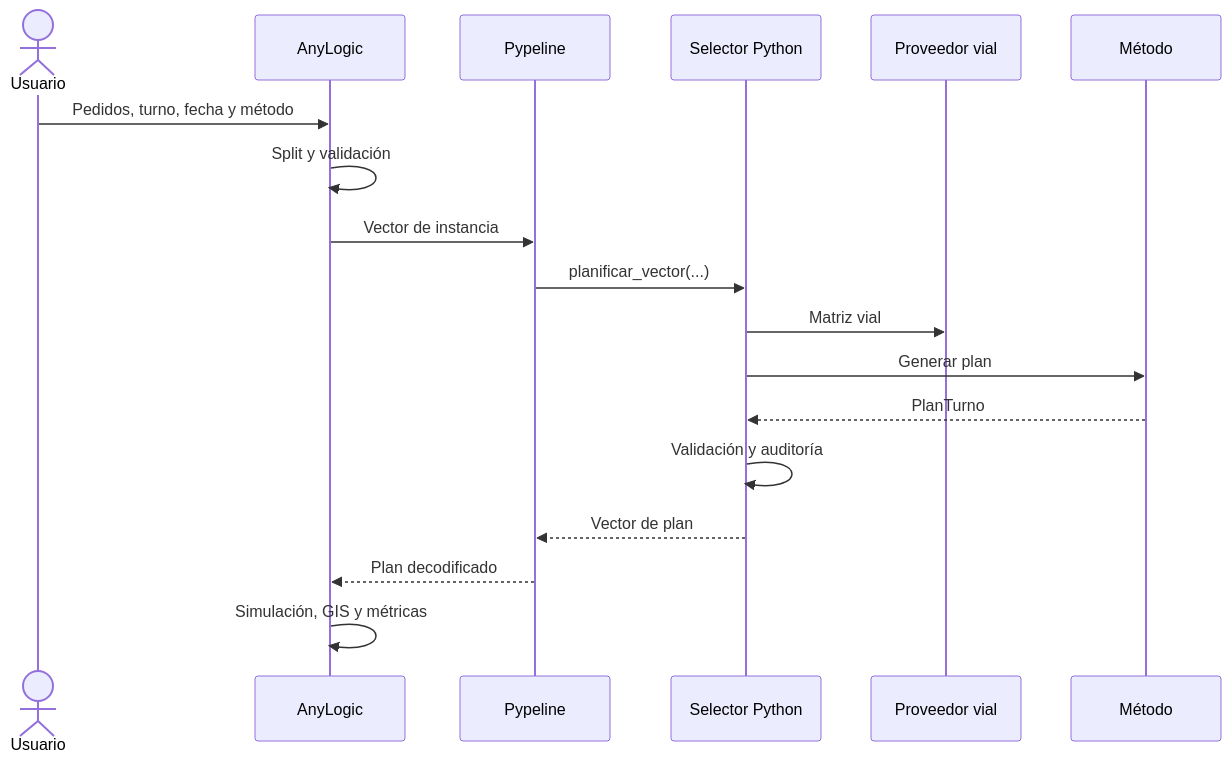
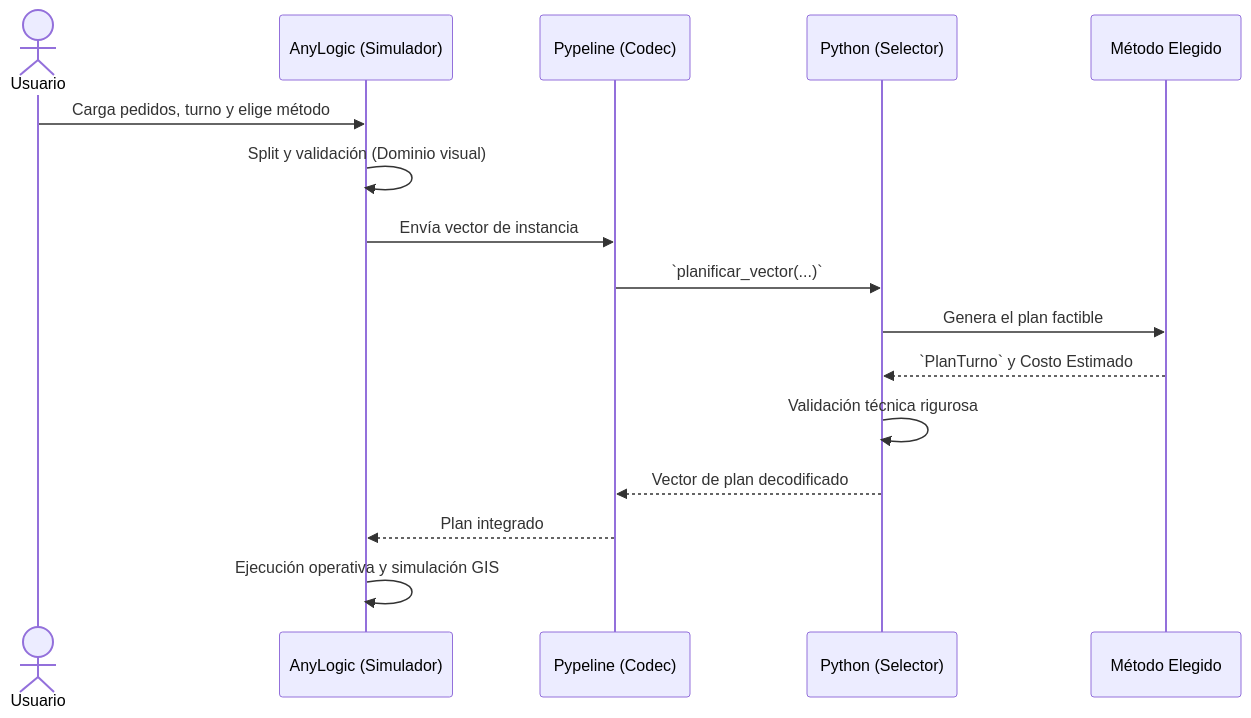
The diagram in docs/system-design.md (Frasquito3/PedemonteDigitalTwin_v2), drawn with Mermaid before and after one commit. The commit also changed other lines of this file and 7 other files, not shown here.

````diff
--- a/docs/system-design.md
+++ b/docs/system-design.md
@@ -21,21 +21,19 @@
 ```mermaid
 sequenceDiagram
     actor U as Usuario
-    participant A as AnyLogic
-    participant P as Pypeline
-    participant S as Selector Python
-    participant V as Proveedor vial
-    participant M as Método
+    participant A as AnyLogic (Simulador)
+    participant P as Pypeline (Codec)
+    participant S as Python (Selector)
+    participant M as Método Elegido
 
-    U->>A: Pedidos, turno, fecha y método
-    A->>A: Split y validación
-    A->>P: Vector de instancia
-    P->>S: planificar_vector(...)
-    S->>V: Matriz vial
-    S->>M: Generar plan
-    M-->>S: PlanTurno
-    S->>S: Validación y auditoría
-    S-->>P: Vector de plan
-    P-->>A: Plan decodificado
-    A->>A: Simulación, GIS y métricas
+    U->>A: Carga pedidos, turno y elige método
+    A->>A: Split y validación (Dominio visual)
+    A->>P: Envía vector de instancia
+    P->>S: `planificar_vector(...)`
+    S->>M: Genera el plan factible
+    M-->>S: `PlanTurno` y Costo Estimado
+    S->>S: Validación técnica rigurosa
+    S-->>P: Vector de plan decodificado
+    P-->>A: Plan integrado
+    A->>A: Ejecución operativa y simulación GIS
 ```
````
